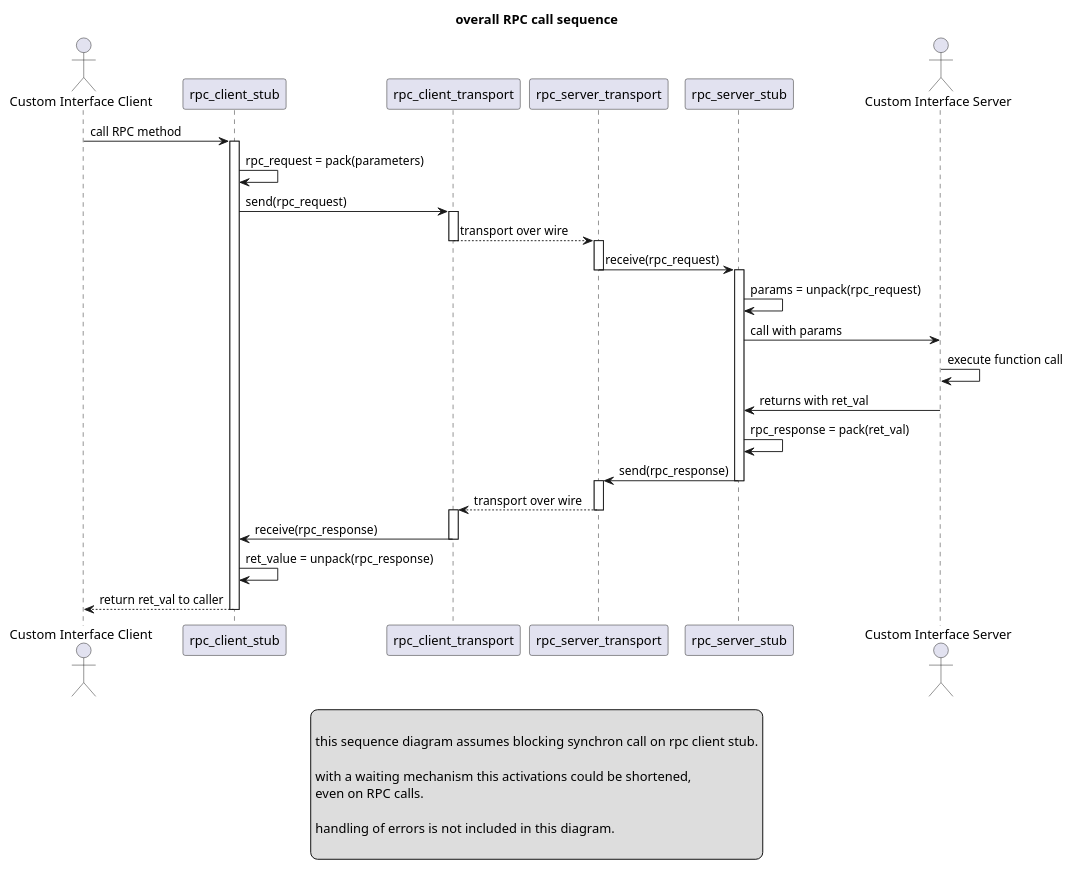
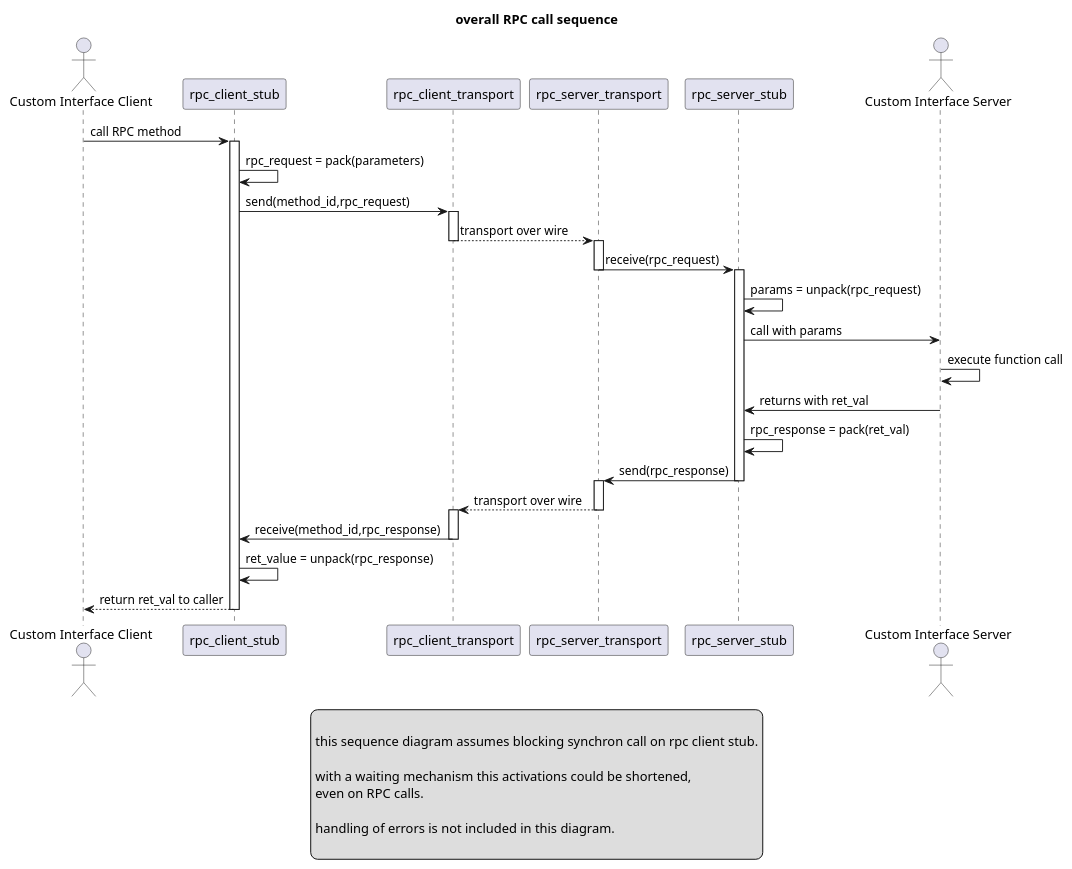
The diagram in doc/arch/cc_rpc_call_sequence.puml (gittiver/cc_rpc), drawn with PlantUML before and after one commit. The commit also changed 4 other files, not shown here.

Commit message:
updated diagrams

```diff
--- a/doc/arch/cc_rpc_call_sequence.puml
+++ b/doc/arch/cc_rpc_call_sequence.puml
@@ -1,60 +1,60 @@
 @startuml
 
 title overall RPC call sequence
 
 actor i_client as "Custom Interface Client"
 participant rpc_client_stub
 participant rpc_client_transport
 participant rpc_server_transport
 participant rpc_server_stub
 actor i_server as "Custom Interface Server"
 
 i_client -> rpc_client_stub: call RPC method
 
 activate rpc_client_stub
 rpc_client_stub->rpc_client_stub: rpc_request = pack(parameters)
-rpc_client_stub-> rpc_client_transport: send(rpc_request)
+rpc_client_stub-> rpc_client_transport: send(method_id,rpc_request)
 
 activate rpc_client_transport
 rpc_client_transport-->rpc_server_transport: transport over wire
 deactivate rpc_client_transport
 
 activate rpc_server_transport
 rpc_server_transport->rpc_server_stub: receive(rpc_request)
 deactivate rpc_server_transport
 
 activate rpc_server_stub
 rpc_server_stub->rpc_server_stub: params = unpack(rpc_request)
 rpc_server_stub->i_server: call with params
 
 i_server->i_server: execute function call
 i_server->rpc_server_stub: returns with ret_val
 
 rpc_server_stub->rpc_server_stub: rpc_response = pack(ret_val)
 rpc_server_stub->rpc_server_transport: send(rpc_response)
 deactivate rpc_server_stub
 
 activate rpc_server_transport
 rpc_server_transport-->rpc_client_transport: transport over wire
 deactivate rpc_server_transport
 
 activate rpc_client_transport
-rpc_client_stub<- rpc_client_transport: receive(rpc_response)
+rpc_client_stub<- rpc_client_transport: receive(method_id,rpc_response)
 deactivate rpc_client_transport
 
 rpc_client_stub->rpc_client_stub: ret_value = unpack(rpc_response)
 i_client <-- rpc_client_stub: return ret_val to caller
 deactivate rpc_client_stub
 
 legend
 
 this sequence diagram assumes blocking synchron call on rpc client stub.
 
 with a waiting mechanism this activations could be shortened,
 even on RPC calls.
 
 handling of errors is not included in this diagram.
 
 end legend
 
 @enduml
```
